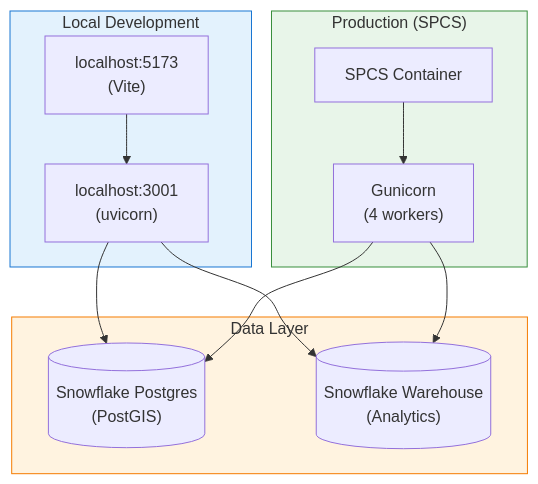
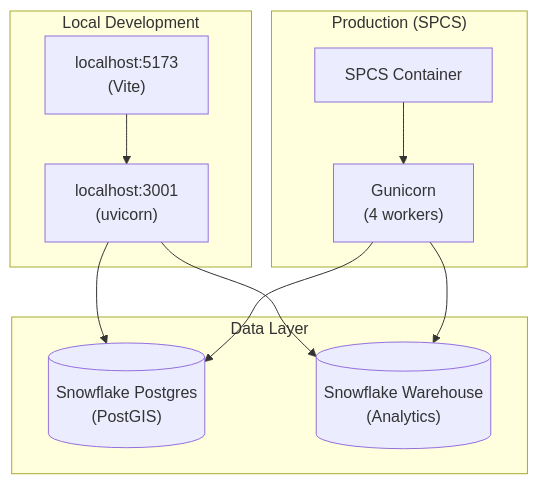
One commit to sfc-gh-abannerjee/flux-ops-center-spcs changed the diagram in docs/LOCAL_DEVELOPMENT_GUIDE.md. Above: the diagram before and after it, drawn with Mermaid. The commit also changed 4 other files, not shown here.

First line of the commit message:
fix: Remove custom Mermaid styles for dark mode compatibility

````diff
--- a/docs/LOCAL_DEVELOPMENT_GUIDE.md
+++ b/docs/LOCAL_DEVELOPMENT_GUIDE.md
@@ -258,28 +258,24 @@
 ```mermaid
 flowchart TB
     subgraph LOCAL["Local Development"]
         VITE["localhost:5173<br/>(Vite)"]
         UVICORN["localhost:3001<br/>(uvicorn)"]
         VITE --> UVICORN
     end
     
     subgraph PROD["Production (SPCS)"]
         SPCS["SPCS Container"]
         GUNICORN["Gunicorn<br/>(4 workers)"]
         SPCS --> GUNICORN
     end
     
     subgraph DATA["Data Layer"]
         PG[("Snowflake Postgres<br/>(PostGIS)")]
         SF[("Snowflake Warehouse<br/>(Analytics)")]
     end
     
     UVICORN --> PG
     UVICORN --> SF
     GUNICORN --> PG
     GUNICORN --> SF
-    
-    style LOCAL fill:#e3f2fd,stroke:#1976d2
-    style PROD fill:#e8f5e9,stroke:#388e3c
-    style DATA fill:#fff3e0,stroke:#f57c00
 ```
````
